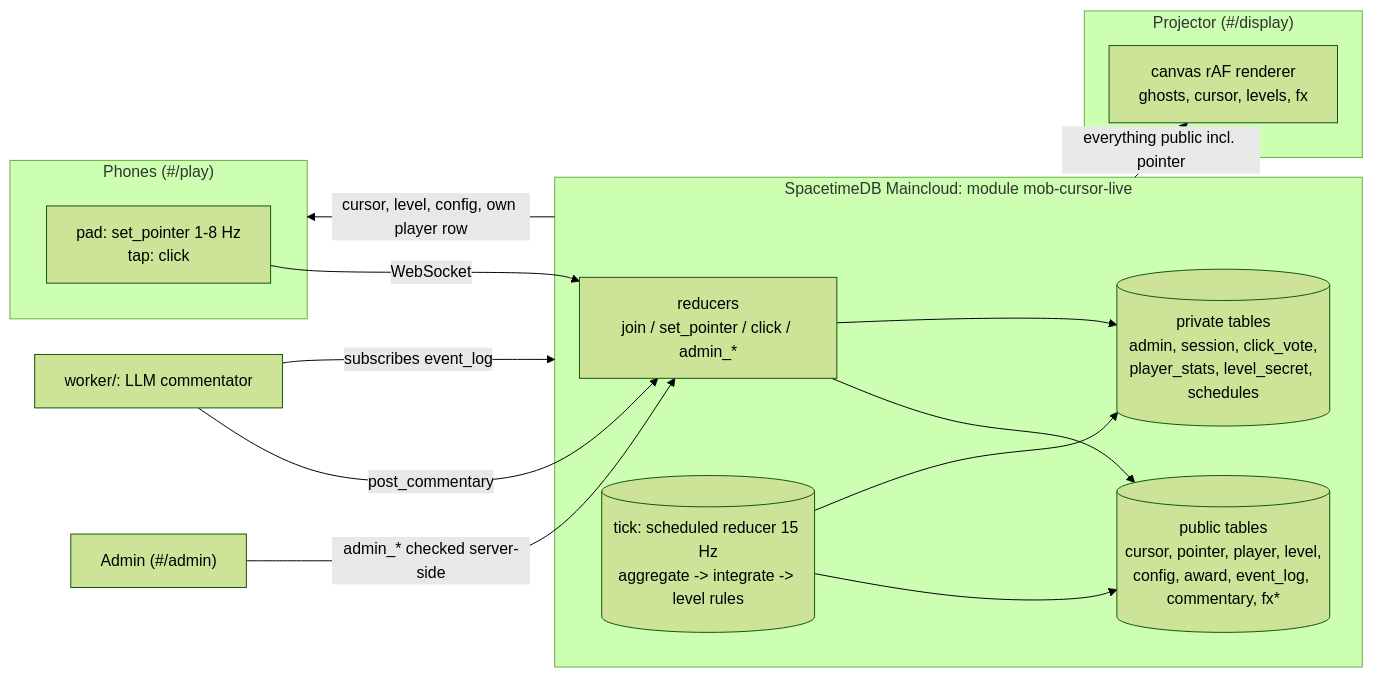
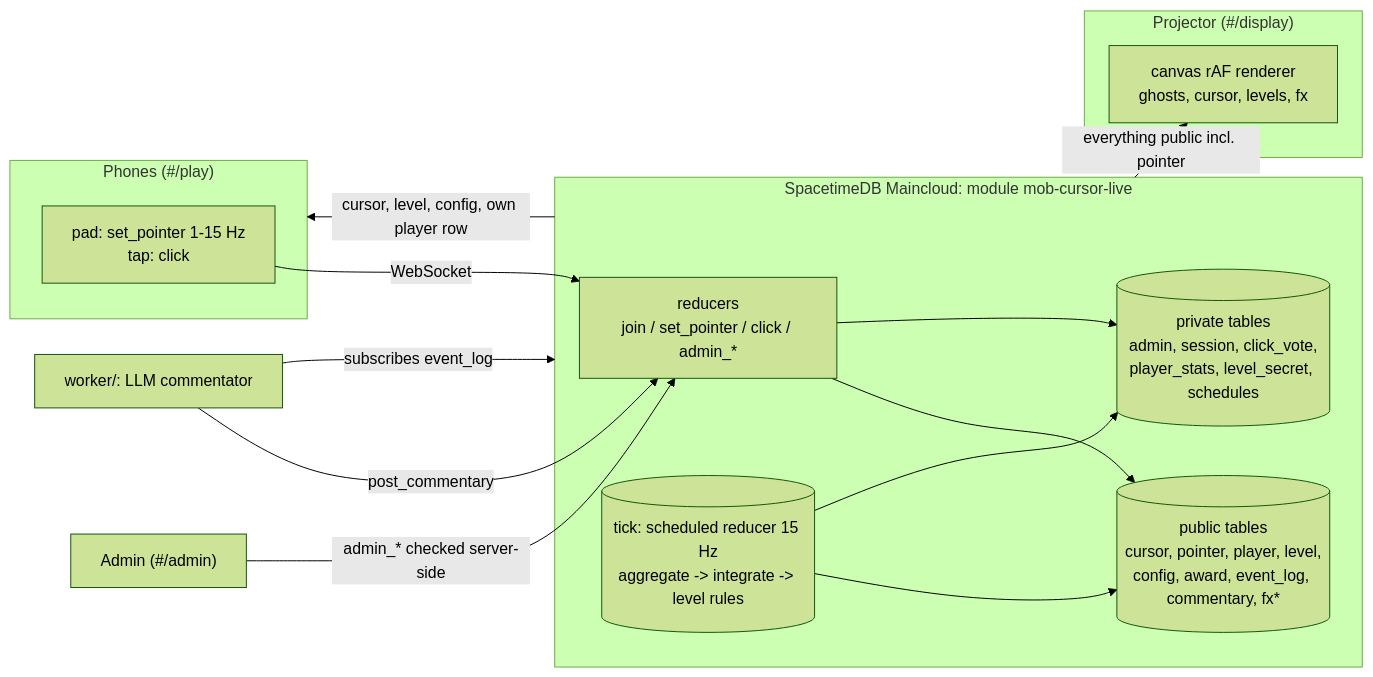
One commit to breissic/mob-cursor changed the diagram in README.md. Above: the diagram before and after it, drawn with Mermaid (forest theme). The commit also changed other lines of this file and 8 other files, not shown here.

````diff
--- a/README.md
+++ b/README.md
@@ -19,25 +19,25 @@
 ```mermaid
 flowchart LR
   subgraph Phones["Phones (#/play)"]
-    P1[pad: set_pointer 1-8 Hz<br/>tap: click]
+    P1[pad: set_pointer 1-15 Hz<br/>tap: click]
   end
   subgraph MC["SpacetimeDB Maincloud: module mob-cursor-live"]
     R[reducers<br/>join / set_pointer / click / admin_*]
     T[(tick: scheduled reducer 15 Hz<br/>aggregate -> integrate -> level rules)]
     PUB[(public tables<br/>cursor, pointer, player, level,<br/>config, award, event_log, commentary, fx*)]
     PRIV[(private tables<br/>admin, session, click_vote,<br/>player_stats, level_secret, schedules)]
     R --> PUB
     R --> PRIV
     T --> PUB
     T --> PRIV
   end
   subgraph Display["Projector (#/display)"]
     D[canvas rAF renderer<br/>ghosts, cursor, levels, fx]
   end
   W[worker/: LLM commentator] -- subscribes event_log --> MC
   W -- post_commentary --> R
   P1 -- WebSocket --> R
   MC -- "cursor, level, config, own player row" --> Phones
   MC -- "everything public incl. pointer" --> D
   A["Admin (#/admin)"] -- admin_* checked server-side --> R
 ```
````
